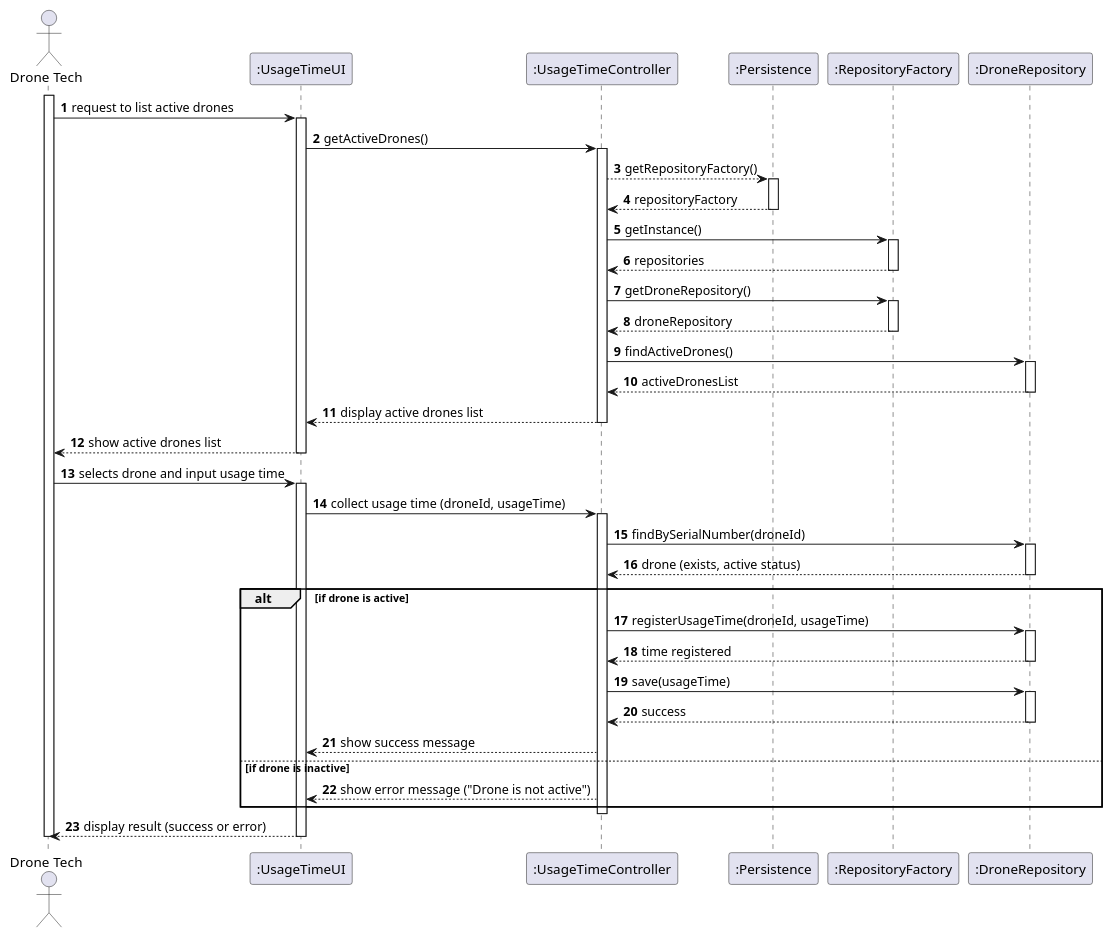
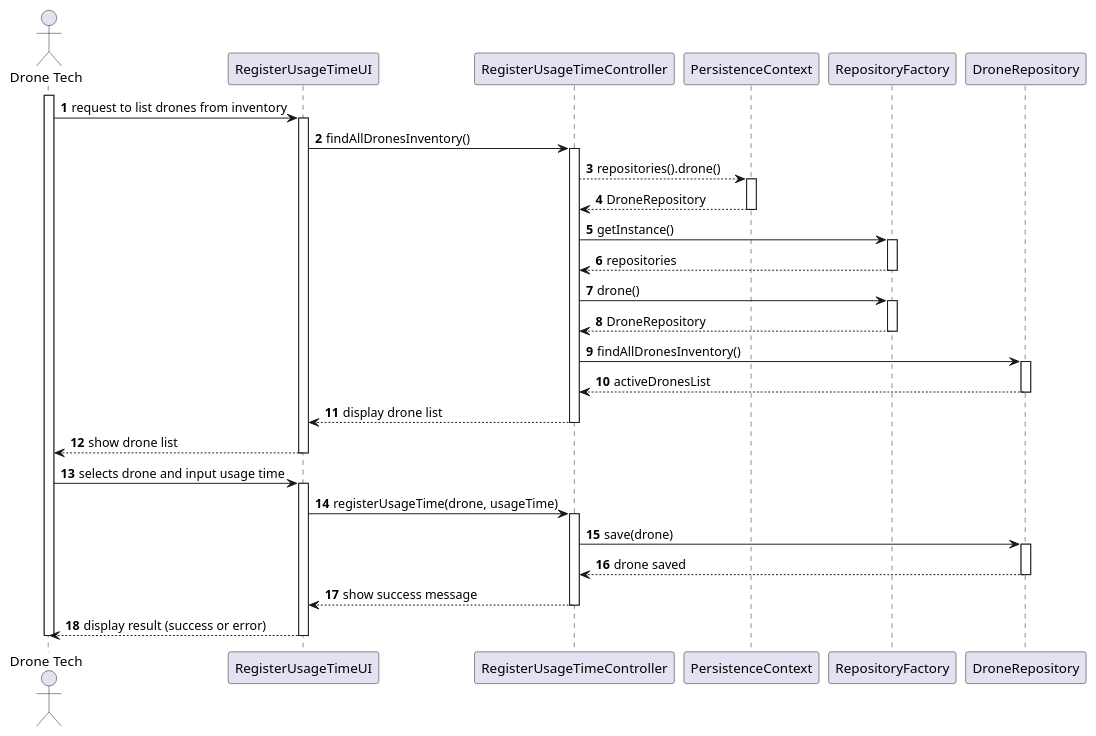
One commit to diogoveirospro/sem4pi-2024-2025-sem4pi_2024_2025_g44 changed the diagram in docs/SPRINT_3/US327/puml/sequence_diagram_327.puml. Above: the diagram before and after it, drawn with PlantUML. The commit also changed 19 other files, not shown here.

Commit message:
Done User story 328, updated files .md of user storys 325, 326, 327, 328 and created the svg of sequence diagram and domains

```diff
--- a/docs/SPRINT_3/US327/puml/sequence_diagram_327.puml
+++ b/docs/SPRINT_3/US327/puml/sequence_diagram_327.puml
@@ -1,78 +1,63 @@
 @startuml
 'skinparam monochrome
 
 skinparam packageStyle rectangle
 skinparam shadowing false
 
 autonumber
 
 actor "Drone Tech" as DT
-participant ":UsageTimeUI" as UI
-participant ":UsageTimeController" as CTRL
-participant ":Persistence" as PERS
-participant ":RepositoryFactory" as REPOS
-participant ":DroneRepository" as DRONE_REPO
+participant "RegisterUsageTimeUI" as UI
+participant "RegisterUsageTimeController" as CTRL
+participant "PersistenceContext" as PERS
+participant "RepositoryFactory" as REPOS
+participant "DroneRepository" as DRONE_REPO
 
 activate DT
 
-DT -> UI : request to list active drones
+DT -> UI : request to list drones from inventory
 activate UI
-    UI -> CTRL : getActiveDrones()
+    UI -> CTRL : findAllDronesInventory()
     activate CTRL
 
-    CTRL --> PERS : getRepositoryFactory()
+    CTRL --> PERS : repositories().drone()
     activate PERS
-    PERS --> CTRL : repositoryFactory
+    PERS --> CTRL : DroneRepository
     deactivate PERS
 
     CTRL -> REPOS : getInstance()
     activate REPOS
     REPOS --> CTRL : repositories
     deactivate REPOS
 
-    CTRL -> REPOS : getDroneRepository()
+    CTRL -> REPOS : drone()
     activate REPOS
-    REPOS --> CTRL : droneRepository
+    REPOS --> CTRL : DroneRepository
     deactivate REPOS
 
-    CTRL -> DRONE_REPO : findActiveDrones()
+    CTRL -> DRONE_REPO : findAllDronesInventory()
     activate DRONE_REPO
     DRONE_REPO --> CTRL : activeDronesList
     deactivate DRONE_REPO
 
-    CTRL --> UI : display active drones list
+    CTRL --> UI : display drone list
     deactivate CTRL
-UI --> DT : show active drones list
+UI --> DT : show drone list
 deactivate UI
 
 DT -> UI : selects drone and input usage time
 activate UI
-    UI -> CTRL : collect usage time (droneId, usageTime)
+    UI -> CTRL : registerUsageTime(drone, usageTime)
     activate CTRL
 
-    CTRL -> DRONE_REPO : findBySerialNumber(droneId)
+    CTRL -> DRONE_REPO : save(drone)
     activate DRONE_REPO
-    DRONE_REPO --> CTRL : drone (exists, active status)
+    DRONE_REPO --> CTRL : drone saved
     deactivate DRONE_REPO
 
-    alt if drone is active
-        CTRL -> DRONE_REPO : registerUsageTime(droneId, usageTime)
-        activate DRONE_REPO
-        DRONE_REPO --> CTRL : time registered
-        deactivate DRONE_REPO
-
-        CTRL -> DRONE_REPO : save(usageTime)
-        activate DRONE_REPO
-        DRONE_REPO --> CTRL : success
-        deactivate DRONE_REPO
-
-        CTRL --> UI : show success message
-    else if drone is inactive
-        CTRL --> UI : show error message ("Drone is not active")
-    end
-
+    CTRL --> UI : show success message
     deactivate CTRL
 UI --> DT : display result (success or error)
 deactivate UI
 deactivate DT
 @enduml
```
